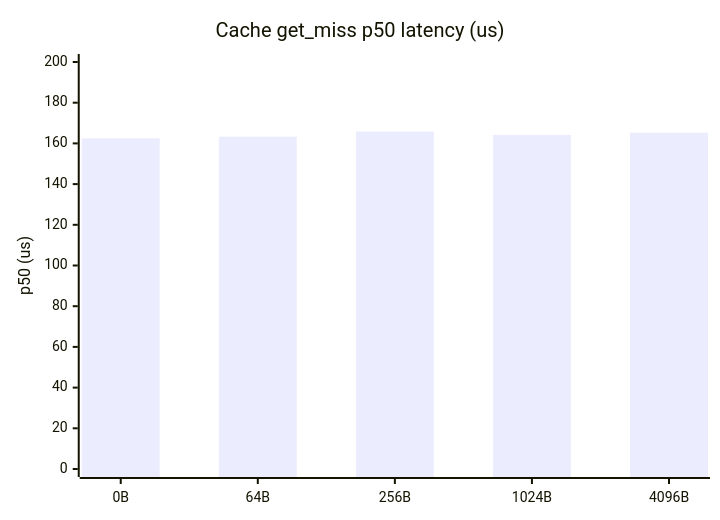
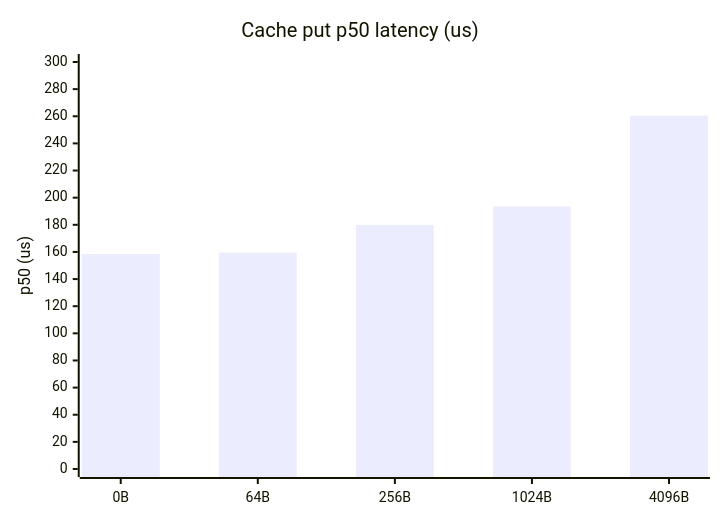
One commit to gabloe/felix changed diagram 17 of 22 in services/broker/README.md. Above: the diagram before and after it, drawn with Mermaid. The commit also changed other lines of this file and 2 other files, not shown here.

````diff
--- a/services/broker/README.md
+++ b/services/broker/README.md
@@ -157,7 +220,7 @@
 ```mermaid
 xychart-beta
-    title "Cache get_miss p50 latency (us)"
+    title "Cache put p50 latency (us)"
     x-axis ["0B","64B","256B","1024B","4096B"]
-    y-axis "p50 (us)" 0 --> 200
-    bar "get_miss" [162.50,163.33,165.83,164.12,165.29]
+    y-axis "p50 (us)" 0 --> 300
+    bar [158.46,159.46,179.83,193.50,260.50]
 ```
````
